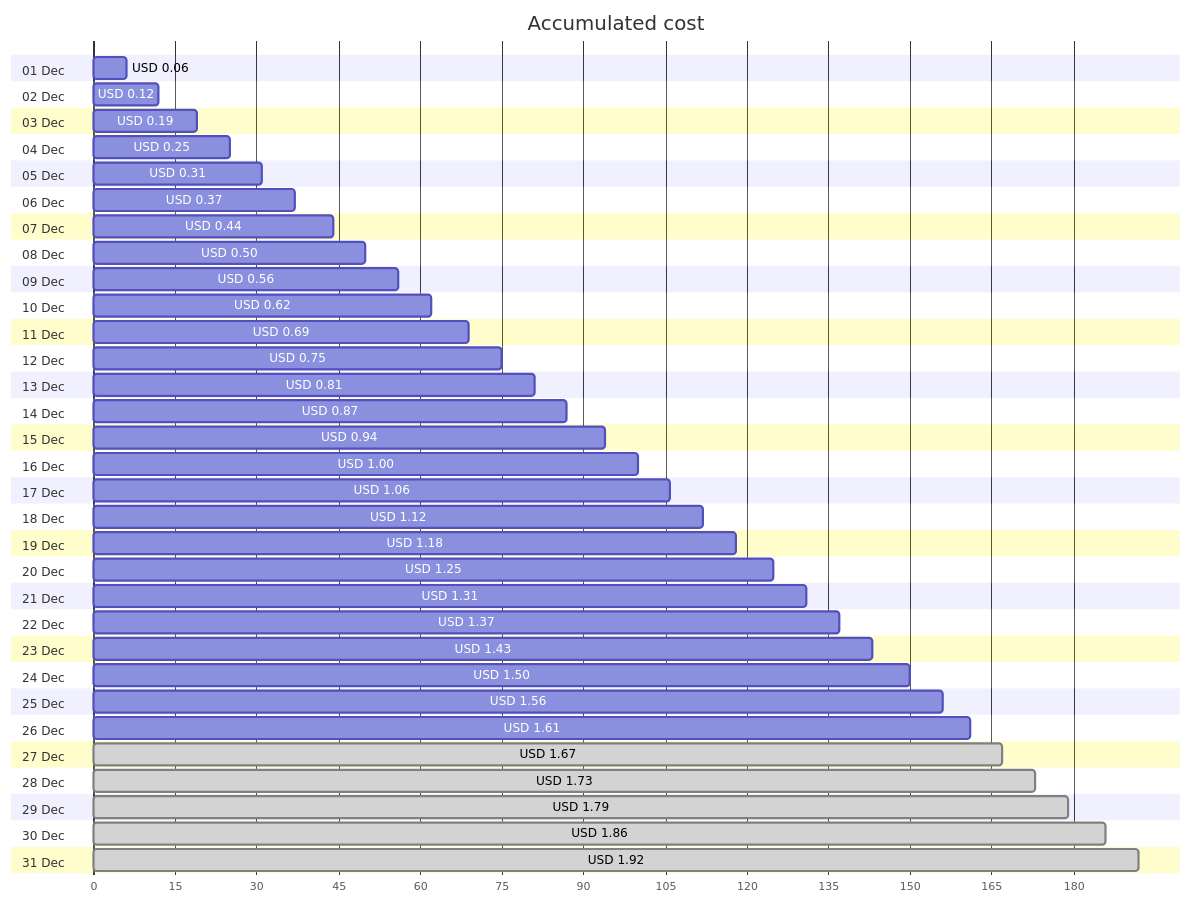
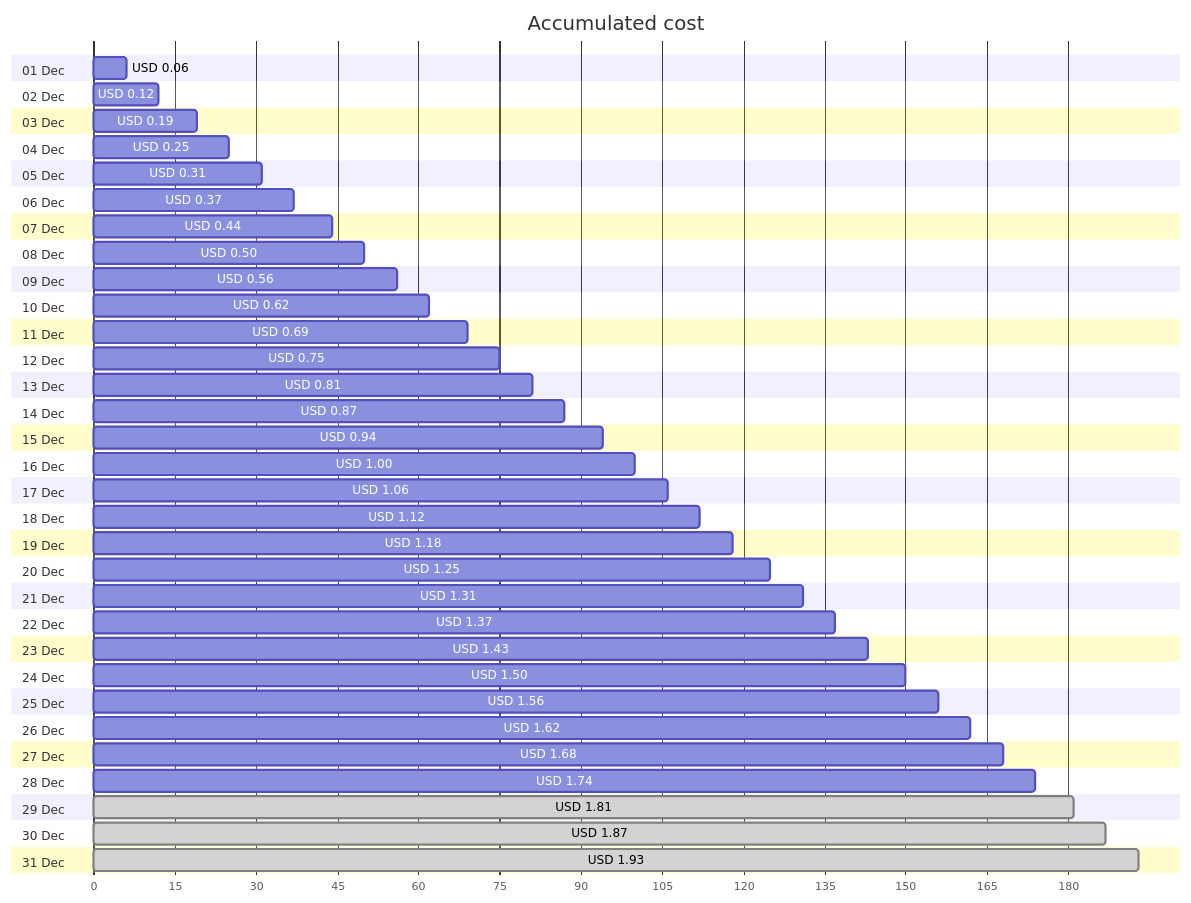
One commit to jpfulton/azure-personal-reports changed the first of 4 diagrams in cost-reports/personal-network/vpn-server_OsDisk.md. Above: the diagram before and after it, drawn with Mermaid. The commit also changed other lines of this file and 8 other files, not shown here.

````diff
--- a/cost-reports/personal-network/vpn-server_OsDisk.md
+++ b/cost-reports/personal-network/vpn-server_OsDisk.md
@@ -20,68 +20,68 @@
 ```mermaid
 gantt
    title Accumulated cost
    dateFormat  X
    axisFormat %s
    section 01 Dec
    USD 0.06 :0, 6
    section 02 Dec
    USD 0.12 :0, 12
    section 03 Dec
    USD 0.19 :0, 19
    section 04 Dec
    USD 0.25 :0, 25
    section 05 Dec
    USD 0.31 :0, 31
    section 06 Dec
    USD 0.37 :0, 37
    section 07 Dec
    USD 0.44 :0, 44
    section 08 Dec
    USD 0.50 :0, 50
    section 09 Dec
    USD 0.56 :0, 56
    section 10 Dec
    USD 0.62 :0, 62
    section 11 Dec
    USD 0.69 :0, 69
    section 12 Dec
    USD 0.75 :0, 75
    section 13 Dec
    USD 0.81 :0, 81
    section 14 Dec
    USD 0.87 :0, 87
    section 15 Dec
    USD 0.94 :0, 94
    section 16 Dec
    USD 1.00 :0, 100
    section 17 Dec
    USD 1.06 :0, 106
    section 18 Dec
    USD 1.12 :0, 112
    section 19 Dec
    USD 1.18 :0, 118
    section 20 Dec
    USD 1.25 :0, 125
    section 21 Dec
    USD 1.31 :0, 131
    section 22 Dec
    USD 1.37 :0, 137
    section 23 Dec
    USD 1.43 :0, 143
    section 24 Dec
    USD 1.50 :0, 150
    section 25 Dec
    USD 1.56 :0, 156
    section 26 Dec
-   USD 1.61 :0, 161
+   USD 1.62 :0, 162
    section 27 Dec
-   USD 1.67 : done, 0, 167
+   USD 1.68 :0, 168
    section 28 Dec
-   USD 1.73 : done, 0, 173
+   USD 1.74 :0, 174
    section 29 Dec
-   USD 1.79 : done, 0, 179
+   USD 1.81 : done, 0, 181
    section 30 Dec
-   USD 1.86 : done, 0, 186
+   USD 1.87 : done, 0, 187
    section 31 Dec
-   USD 1.92 : done, 0, 192
+   USD 1.93 : done, 0, 193
 ```
````
